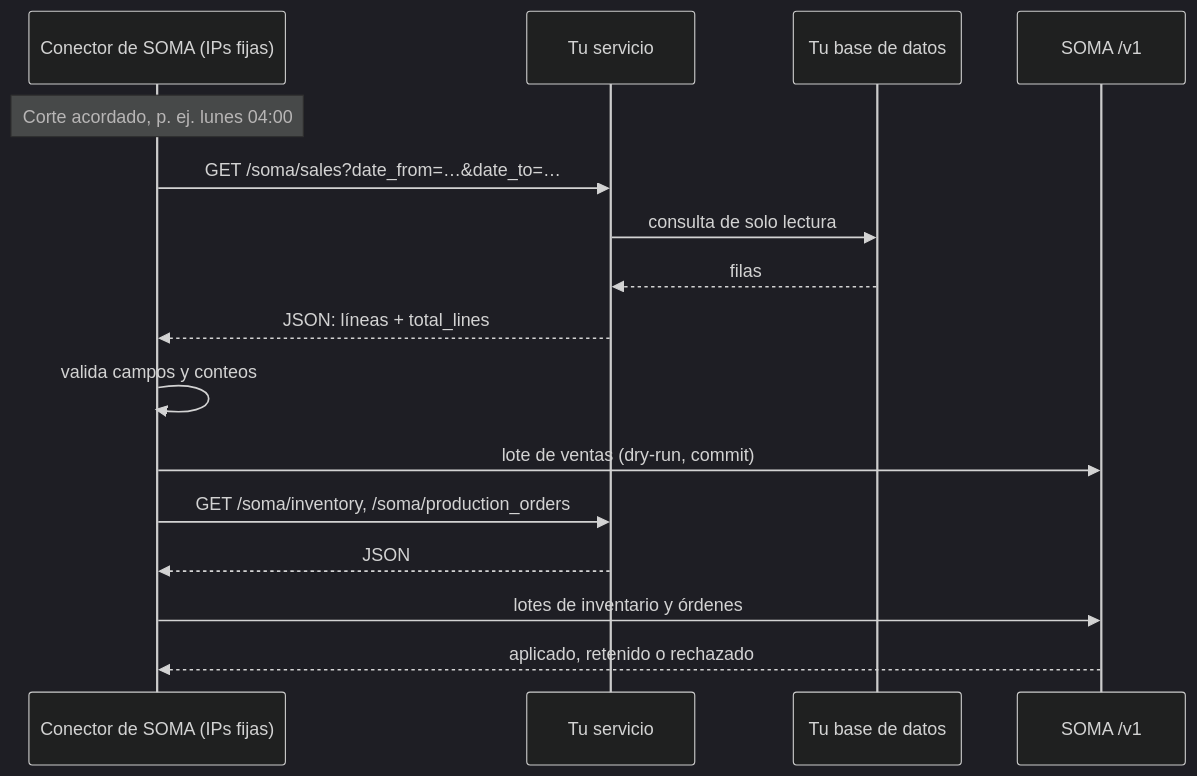
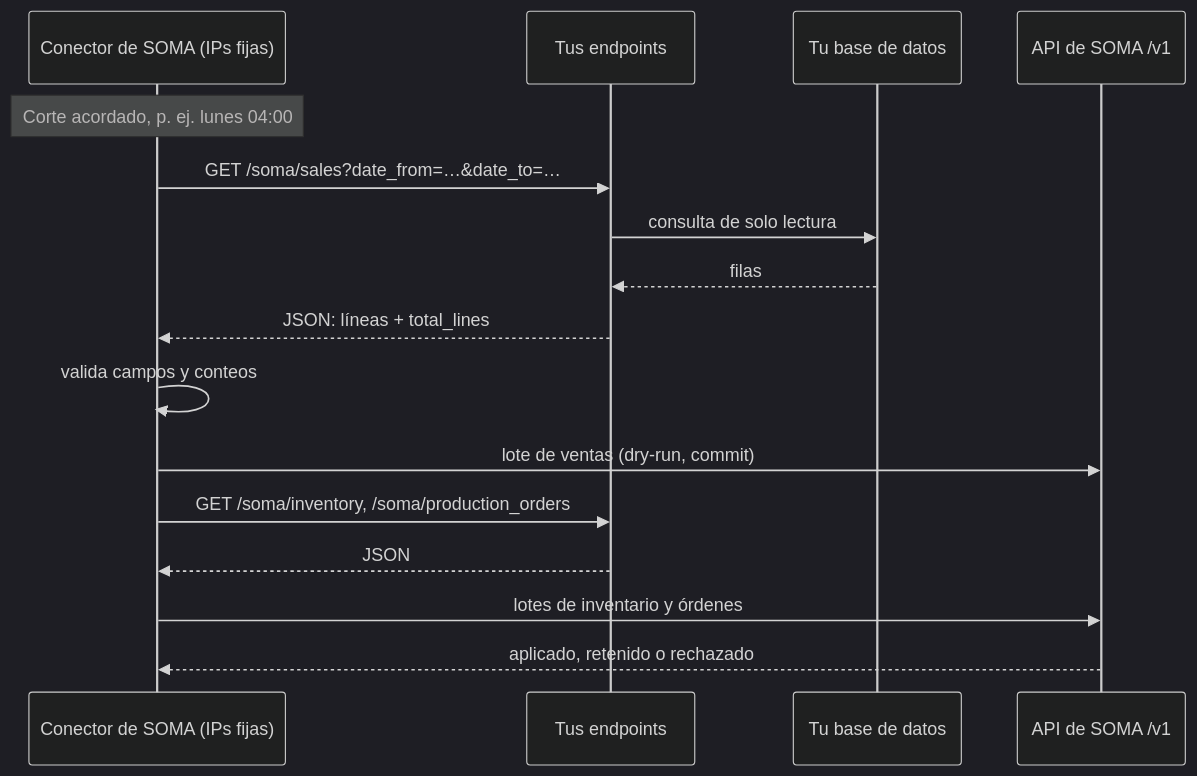
The diagram in docs/guia/consulta.md (SomaEngine/soma-api-docs), drawn with Mermaid (dark theme) before and after one commit. The commit also changed other lines of this file and 2 other files, not shown here.

Commit message:
docs: endpoints del sistema de la empresa; una sola API (la de SOMA)

````diff
--- a/docs/guia/consulta.md
+++ b/docs/guia/consulta.md
@@ -37,18 +40,18 @@
 ```mermaid
 sequenceDiagram
   participant C as Conector de SOMA (IPs fijas)
-  participant T as Tu servicio
+  participant T as Tus endpoints
   participant B as Tu base de datos
-  participant S as SOMA /v1
+  participant S as API de SOMA /v1
   Note over C: Corte acordado, p. ej. lunes 04:00
   C->>T: GET /soma/sales?date_from=…&date_to=…
   T->>B: consulta de solo lectura
   B-->>T: filas
   T-->>C: JSON: líneas + total_lines
   C->>C: valida campos y conteos
   C->>S: lote de ventas (dry-run, commit)
   C->>T: GET /soma/inventory, /soma/production_orders
   T-->>C: JSON
   C->>S: lotes de inventario y órdenes
   S-->>C: aplicado, retenido o rechazado
 ```
````
